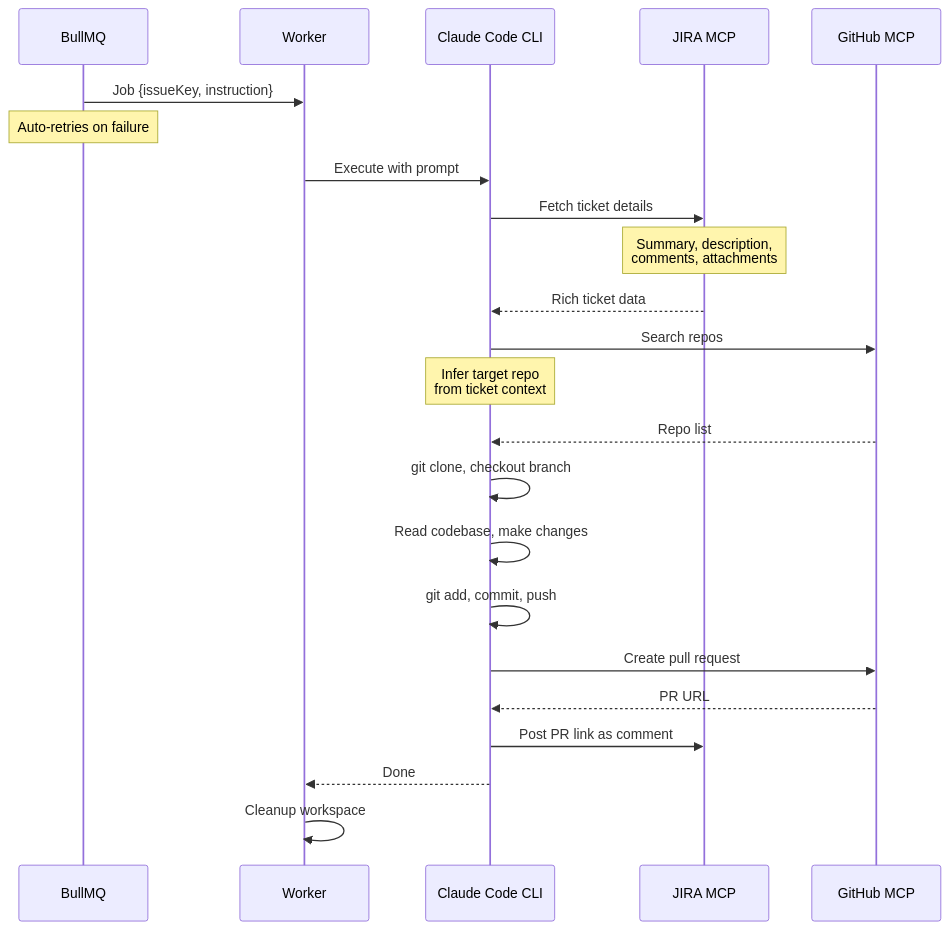
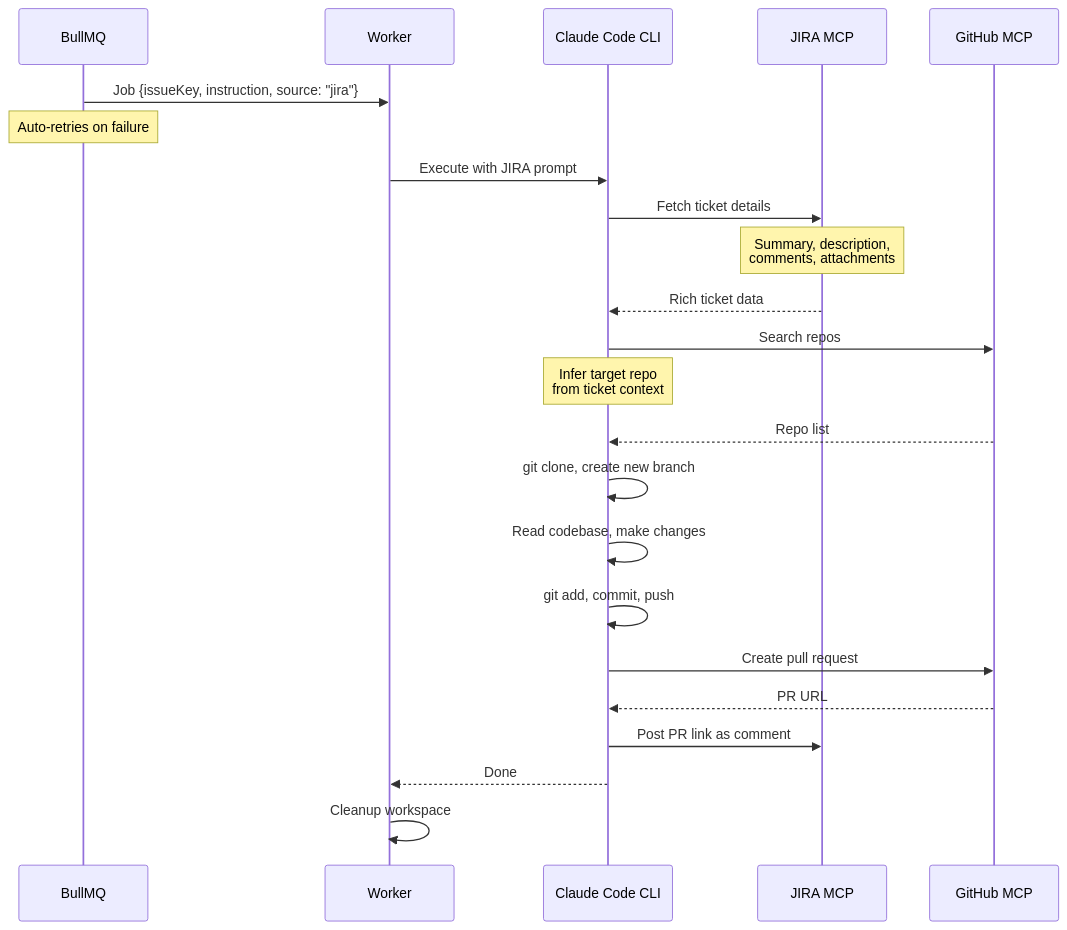
The fifth of 6 diagrams in docs/architecture.md (mappedin-dev/mapthew), drawn with Mermaid before and after one commit. The commit also changed other lines of this file and 10 other files, not shown here.

````diff
--- a/docs/architecture.md
+++ b/docs/architecture.md
@@ -83,33 +121,33 @@
 ```mermaid
 sequenceDiagram
     participant BullMQ as BullMQ
     participant W as Worker
     participant Claude as Claude Code CLI
     participant JIRA_MCP as JIRA MCP
     participant GH_MCP as GitHub MCP
 
-    BullMQ->>W: Job {issueKey, instruction}
+    BullMQ->>W: Job {issueKey, instruction, source: "jira"}
     Note over BullMQ: Auto-retries on failure
 
-    W->>Claude: Execute with prompt
+    W->>Claude: Execute with JIRA prompt
 
     Claude->>JIRA_MCP: Fetch ticket details
     Note over JIRA_MCP: Summary, description,<br/>comments, attachments
     JIRA_MCP-->>Claude: Rich ticket data
 
     Claude->>GH_MCP: Search repos
     Note over Claude: Infer target repo<br/>from ticket context
     GH_MCP-->>Claude: Repo list
 
-    Claude->>Claude: git clone, checkout branch
+    Claude->>Claude: git clone, create new branch
     Claude->>Claude: Read codebase, make changes
     Claude->>Claude: git add, commit, push
 
     Claude->>GH_MCP: Create pull request
     GH_MCP-->>Claude: PR URL
 
     Claude->>JIRA_MCP: Post PR link as comment
 
     Claude-->>W: Done
     W->>W: Cleanup workspace
 ```
````
